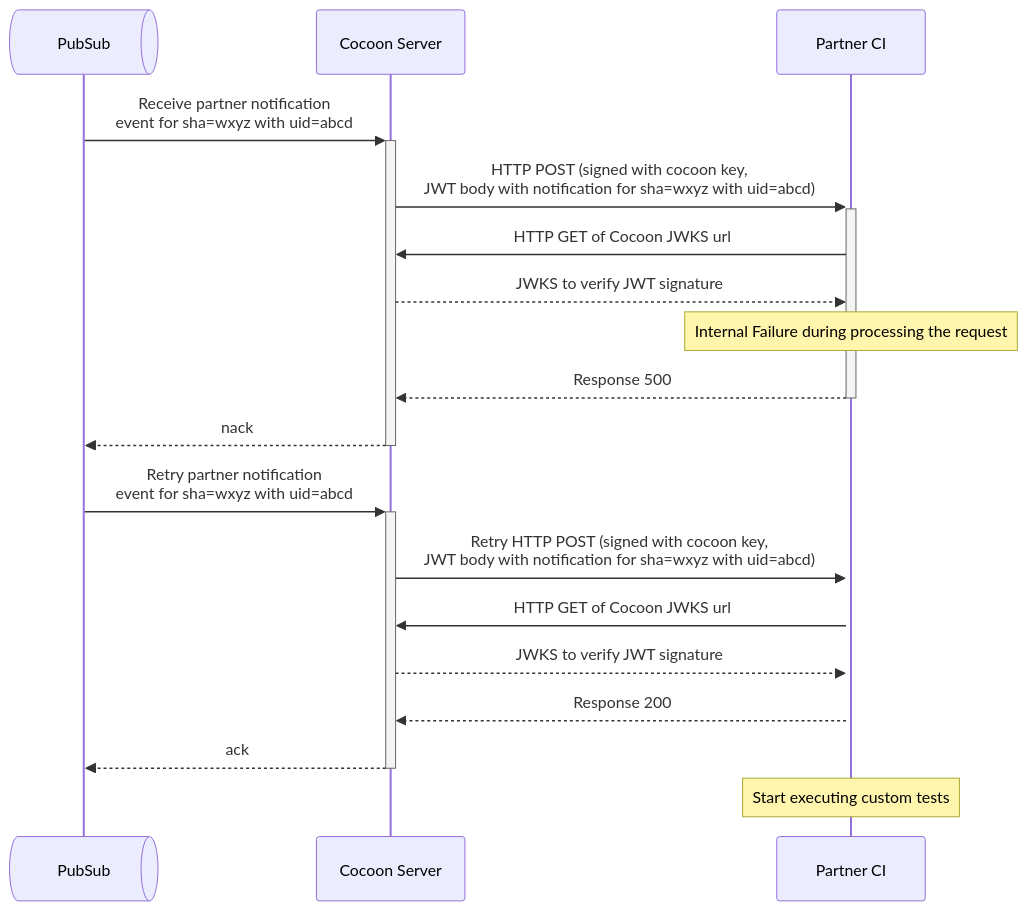
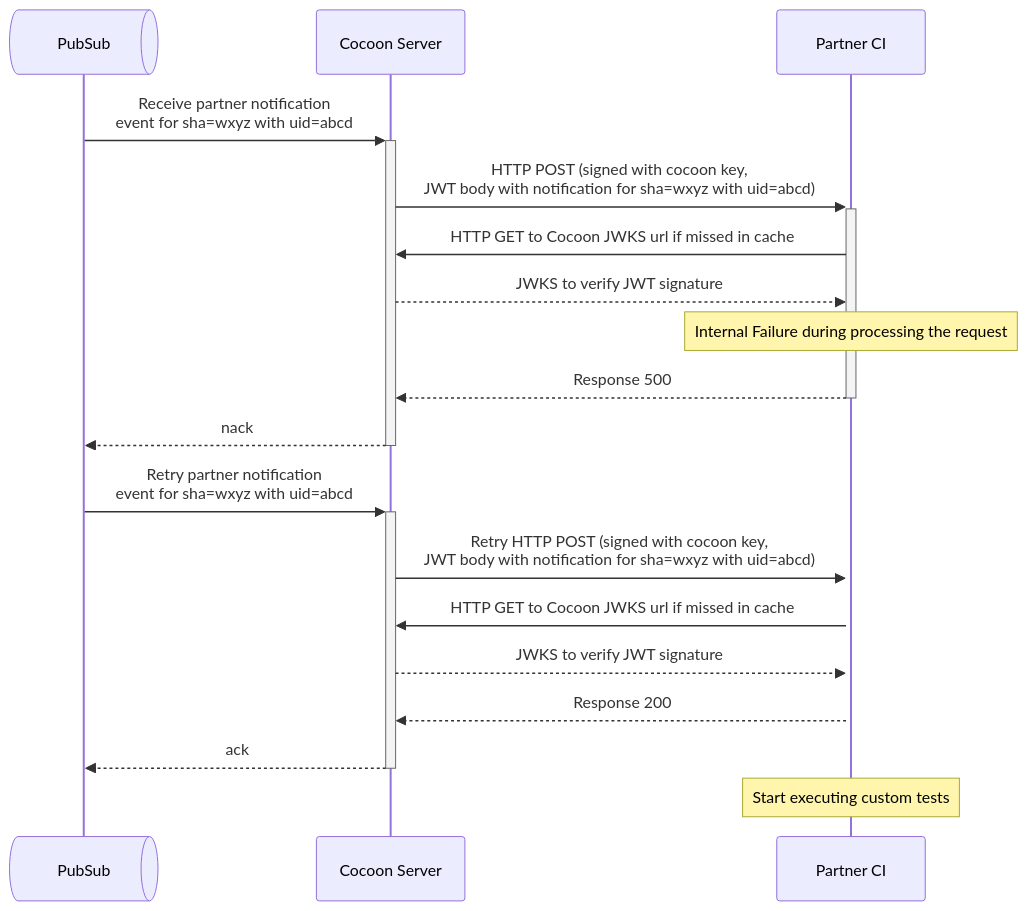
One commit to flutter/rfc changed the third of 8 diagrams in rfc/610.0000-flutter-pluggable-ci.md. Above: the diagram before and after it, drawn with Mermaid. The commit also changed other lines of this file, not shown here.

````diff
--- a/rfc/610.0000-flutter-pluggable-ci.md
+++ b/rfc/610.0000-flutter-pluggable-ci.md
@@ -106,22 +106,22 @@
 ```mermaid
 sequenceDiagram
     participant PubSub@{"type":"queue"}
     participant Cocoon as Cocoon Server
     participant Partner as Partner CI
 
     PubSub->>+Cocoon: Receive partner notification<br/>event for sha=wxyz with uid=abcd
     Cocoon->>+Partner: HTTP POST (signed with cocoon key,<br/>JWT body with notification for sha=wxyz with uid=abcd)
-    Partner->>Cocoon: HTTP GET of Cocoon JWKS url
+    Partner->>Cocoon: HTTP GET to Cocoon JWKS url if missed in cache
     Cocoon-->>Partner: JWKS to verify JWT signature
     Note over Partner: Internal Failure during processing the request
     Partner-->>-Cocoon: Response 500
     Cocoon-->>-PubSub: nack
 
     PubSub->>+Cocoon: Retry partner notification<br/>event for sha=wxyz with uid=abcd
     Cocoon->>+Partner: Retry HTTP POST (signed with cocoon key,<br/>JWT body with notification for sha=wxyz with uid=abcd)
-    Partner->>Cocoon: HTTP GET of Cocoon JWKS url
+    Partner->>Cocoon: HTTP GET to Cocoon JWKS url if missed in cache
     Cocoon-->>Partner: JWKS to verify JWT signature
     Partner-->>Cocoon: Response 200
     Cocoon-->>-PubSub: ack
     Note over Partner: Start executing custom tests
 ```
````
